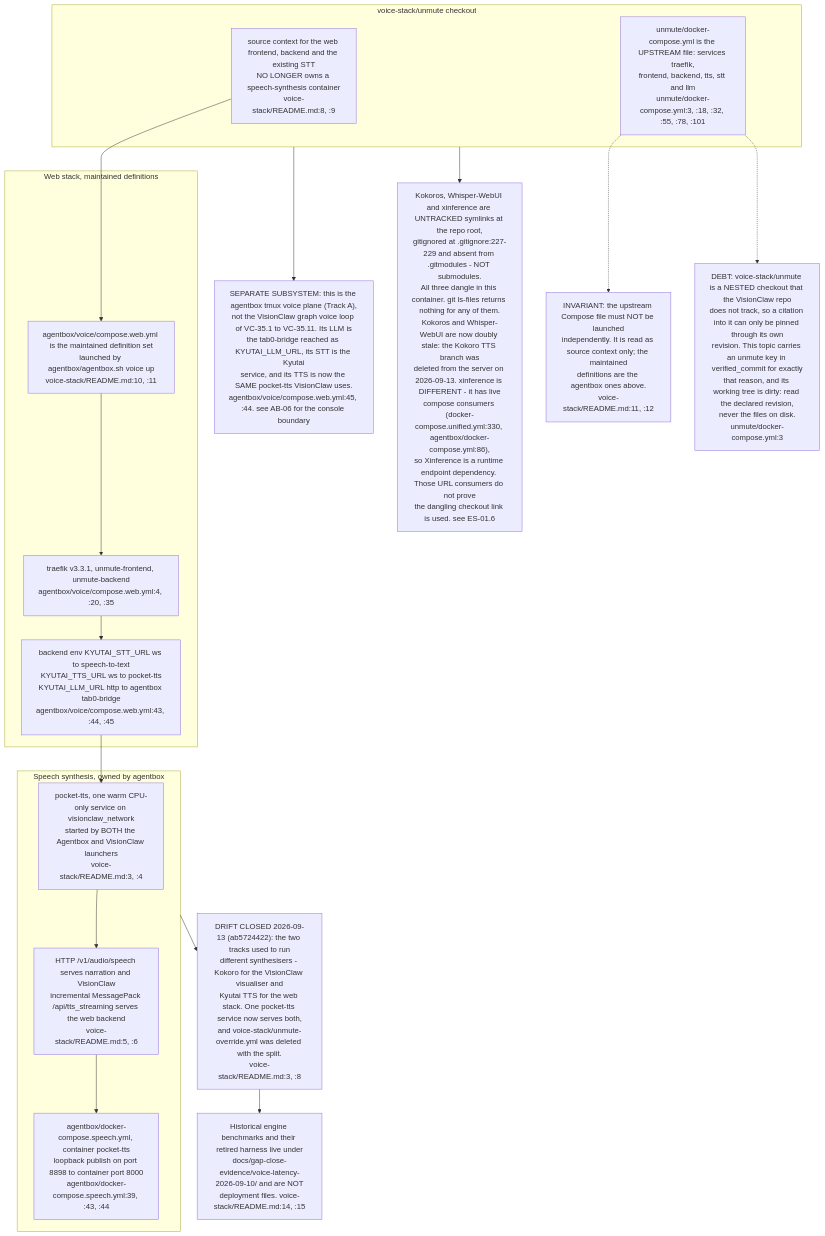
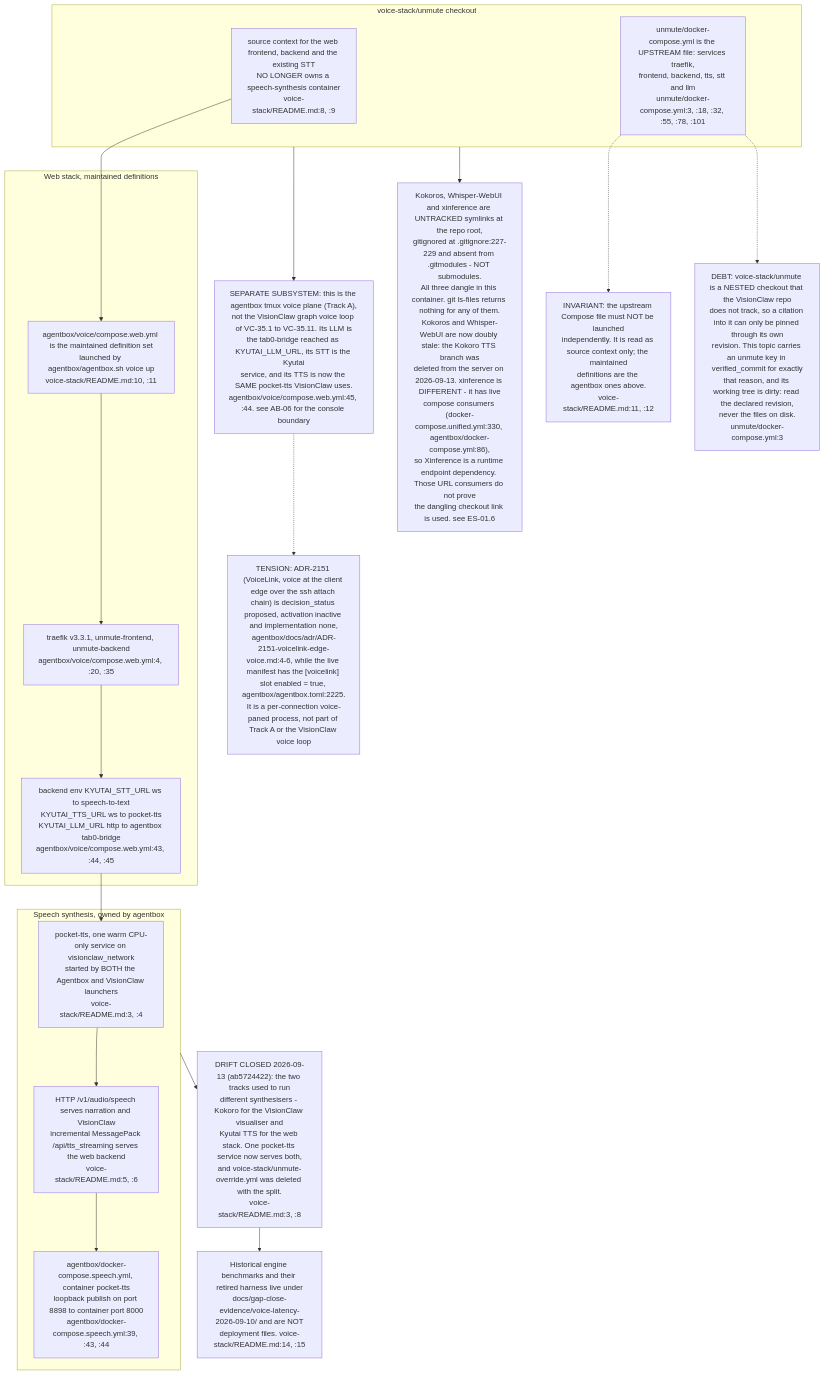
One commit to DreamLab-AI/VisionFlow changed the tenth of 12 diagrams in docs/diagrams/visionclaw/35-voice-end-to-end.md. Above: the diagram before and after it, drawn with Mermaid. The commit also changed other lines of this file and 160 other files, not shown here.

````diff
--- a/docs/diagrams/visionclaw/35-voice-end-to-end.md
+++ b/docs/diagrams/visionclaw/35-voice-end-to-end.md
@@ -477,33 +476,35 @@
 ```mermaid
 flowchart TB
     subgraph owned["Speech synthesis, owned by agentbox"]
         P1["pocket-tts, one warm CPU-only service on visionclaw_network<br/>started by BOTH the Agentbox and VisionClaw launchers<br/>voice-stack/README.md:3, :4"]
         P2["HTTP /v1/audio/speech serves narration and VisionClaw<br/>incremental MessagePack /api/tts_streaming serves the web backend<br/>voice-stack/README.md:5, :6"]
         P3["agentbox/docker-compose.speech.yml, container pocket-tts<br/>loopback publish on port 8898 to container port 8000<br/>agentbox/docker-compose.speech.yml:39, :43, :44"]
     end
     subgraph web["Web stack, maintained definitions"]
         W1["agentbox/voice/compose.web.yml is the maintained definition set<br/>launched by agentbox/agentbox.sh voice up<br/>voice-stack/README.md:10, :11"]
         W2["traefik v3.3.1, unmute-frontend, unmute-backend<br/>agentbox/voice/compose.web.yml:4, :20, :35"]
         W3["backend env KYUTAI_STT_URL ws to speech-to-text<br/>KYUTAI_TTS_URL ws to pocket-tts<br/>KYUTAI_LLM_URL http to agentbox tab0-bridge<br/>agentbox/voice/compose.web.yml:43, :44, :45"]
     end
     subgraph legacy["voice-stack/unmute checkout"]
         U1["source context for the web frontend, backend and the existing STT<br/>NO LONGER owns a speech-synthesis container<br/>voice-stack/README.md:8, :9"]
         U2["unmute/docker-compose.yml is the UPSTREAM file: services traefik,<br/>frontend, backend, tts, stt and llm<br/>unmute/docker-compose.yml:3, :18, :32, :55, :78, :101"]
     end
     P1 --> P2 --> P3
     W1 --> W2 --> W3
     W3 --> P1
     U1 --> W1
     U2 -.-> INV
     INV["INVARIANT: the upstream Compose file must NOT be launched<br/>independently. It is read as source context only; the maintained<br/>definitions are the agentbox ones above.<br/>voice-stack/README.md:11, :12"]
     U2 -.-> UNPIN
     UNPIN["DEBT: voice-stack/unmute is a NESTED checkout that the VisionClaw repo<br/>does not track, so a citation into it can only be pinned through its own<br/>revision. This topic carries an unmute key in verified_commit for exactly<br/>that reason, and its working tree is dirty: read the declared revision,<br/>never the files on disk.<br/>unmute/docker-compose.yml:3"]
     legacy --> SEP
+    VL["TENSION: ADR-2151 (VoiceLink, voice at the client edge over the ssh attach chain) is decision_status proposed, activation inactive and implementation none,<br/>agentbox/docs/adr/ADR-2151-voicelink-edge-voice.md:4-6, while the live manifest has the [voicelink] slot enabled = true, agentbox/agentbox.toml:2225.<br/>It is a per-connection voice-paned process, not part of Track A or the VisionClaw voice loop"]
+    SEP -.-> VL
     SEP["SEPARATE SUBSYSTEM: this is the agentbox tmux voice plane (Track A),<br/>not the VisionClaw graph voice loop of VC-35.1 to VC-35.11. Its LLM is<br/>the tab0-bridge reached as KYUTAI_LLM_URL, its STT is the Kyutai<br/>service, and its TTS is now the SAME pocket-tts VisionClaw uses.<br/>agentbox/voice/compose.web.yml:45, :44. see AB-06 for the console boundary"]
     owned --> CONV
     CONV["DRIFT CLOSED 2026-09-13 (ab5724422): the two tracks used to run<br/>different synthesisers - Kokoro for the VisionClaw visualiser and<br/>Kyutai TTS for the web stack. One pocket-tts service now serves both,<br/>and voice-stack/unmute-override.yml was deleted with the split.<br/>voice-stack/README.md:3, :8"]
     DIV["Kokoros, Whisper-WebUI and xinference are UNTRACKED symlinks at the repo root,<br/>gitignored at .gitignore:227-229 and absent from .gitmodules - NOT submodules.<br/>All three dangle in this container. git ls-files returns nothing for any of them.<br/>Kokoros and Whisper-WebUI are now doubly stale: the Kokoro TTS branch was<br/>deleted from the server on 2026-09-13. xinference is DIFFERENT - it has live<br/>compose consumers (docker-compose.unified.yml:330, agentbox/docker-compose.yml:86),<br/>so Xinference is a runtime endpoint dependency. Those URL consumers do not prove<br/>the dangling checkout link is used. see ES-01.6"]
     legacy --> DIV
     HIST["Historical engine benchmarks and their retired harness live under<br/>docs/gap-close-evidence/voice-latency-2026-09-10/ and are NOT<br/>deployment files. voice-stack/README.md:14, :15"]
     CONV --> HIST
 ```
````
